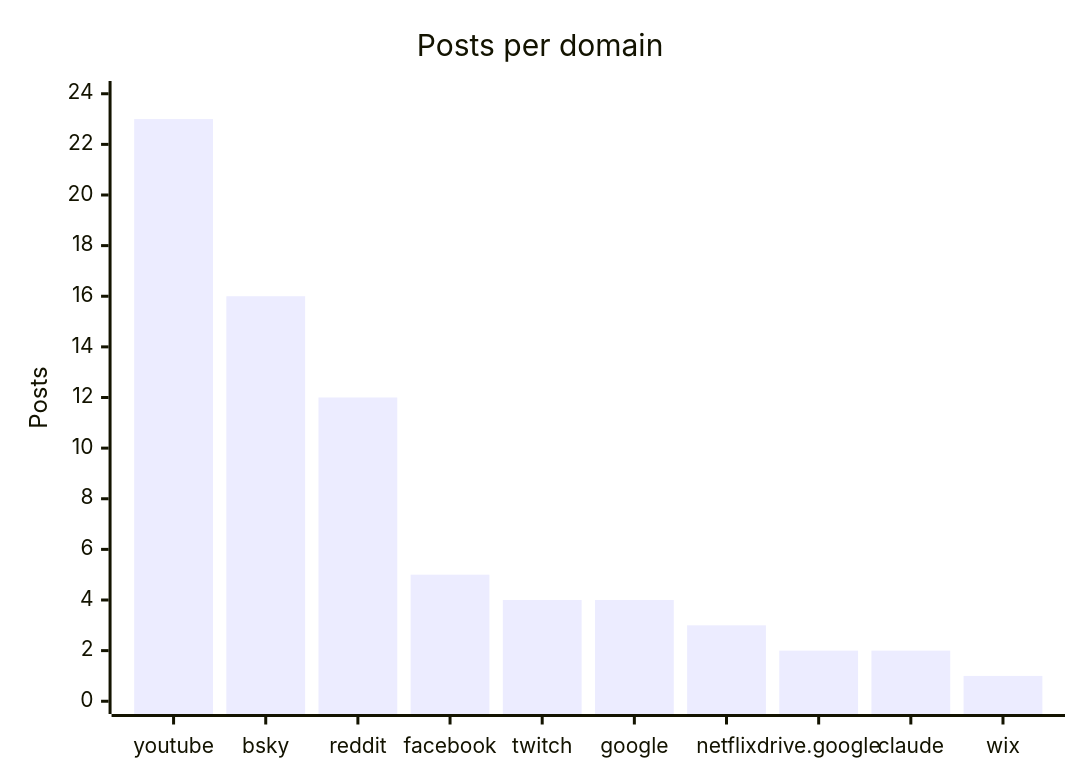
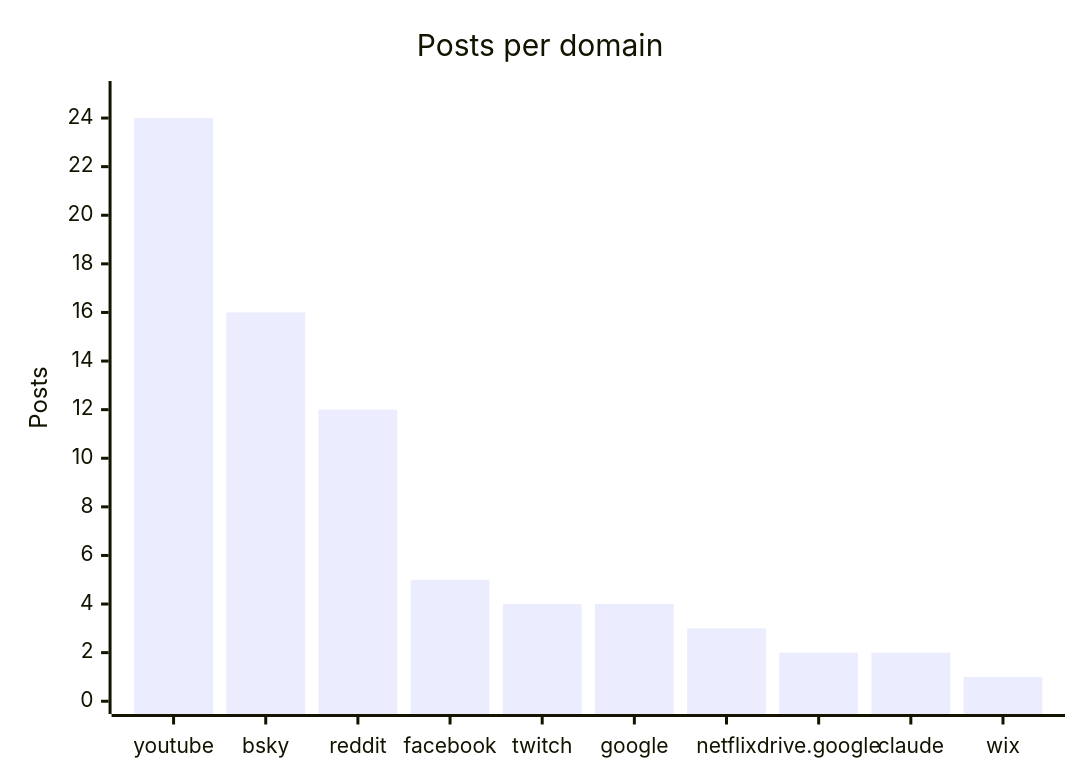
Before and after one commit to martinbalfanz/social-scanner-reports: the fourth of 4 diagrams in README.md, drawn with Mermaid. The commit also changed other lines of this file and 2 other files, not shown here.

````diff
--- a/README.md
+++ b/README.md
@@ -58,7 +58,7 @@
 ```mermaid
 xychart-beta
     title "Posts per domain"
     x-axis ["youtube", "bsky", "reddit", "facebook", "twitch", "google", "netflix", "drive.google", "claude", "wix"]
-    y-axis "Posts" 0 --> 24
-    bar [23, 16, 12, 5, 4, 4, 3, 2, 2, 1]
+    y-axis "Posts" 0 --> 25
+    bar [24, 16, 12, 5, 4, 4, 3, 2, 2, 1]
 ```
````
